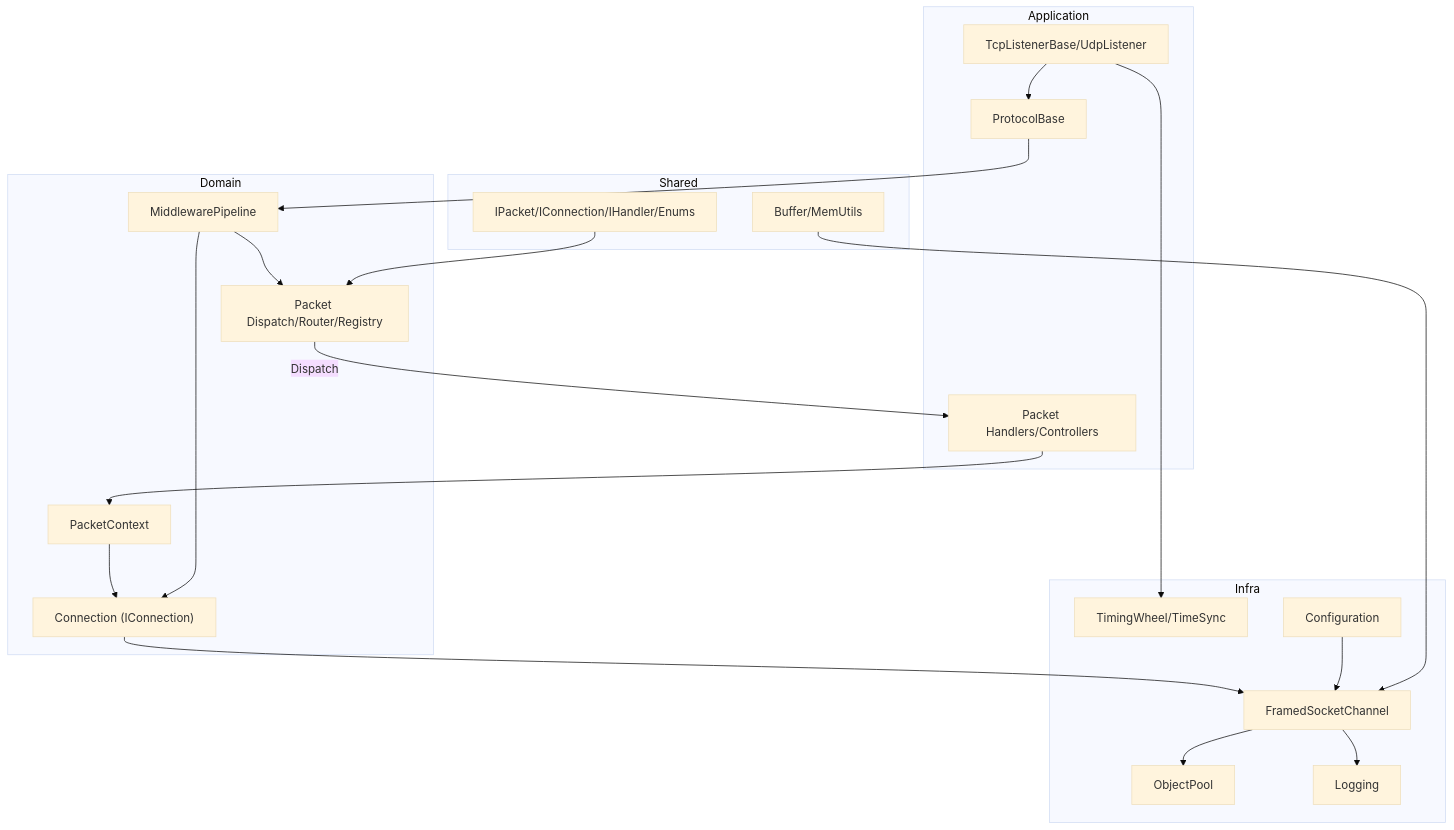
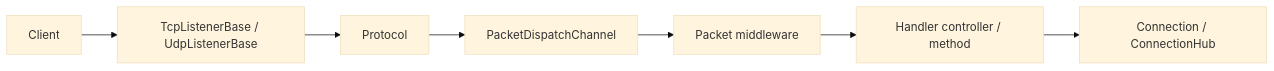
Before and after one commit to ppn-systems/nalix-docs: the first of 2 diagrams in docs/concepts/architecture.md, drawn with Mermaid (base theme). The commit also changed other lines of this file and 170 other files, not shown here.

````diff
--- a/docs/concepts/architecture.md
+++ b/docs/concepts/architecture.md
@@ -74,45 +15,9 @@
 ```mermaid
-flowchart TD
-    subgraph Application
-      Listener["TcpListenerBase/UdpListener"]
-      Protocol["ProtocolBase"]
-      Handler["Packet Handlers/Controllers"]
-    end
-
-    subgraph Domain
-      PacketCtx["PacketContext"]
-      Connection["Connection (IConnection)"]
-      Pipeline["MiddlewarePipeline"]
-      Router["Packet Dispatch/Router/Registry"]
-    end
-
-    subgraph Infra
-      FramedSocket["FramedSocketChannel"]
-      Timing["TimingWheel/TimeSync"]
-      Pool["ObjectPool"]
-      Config["Configuration"]
-      Logger["Logging"]
-    end
-
-    subgraph Shared
-      IPacket["IPacket/IConnection/IHandler/Enums"]
-      Buffer["Buffer/MemUtils"]
-    end
-
-    Listener --> Protocol
-    Protocol --> Pipeline
-    Pipeline --> Router
-    Router -->|Dispatch| Handler
-    Handler --> PacketCtx
-    PacketCtx --> Connection
-    Pipeline --> Connection
-
-    Connection --> FramedSocket
-    FramedSocket --> Pool
-    FramedSocket --> Logger
-    Listener --> Timing
-
-    Config --> FramedSocket
-    IPacket --> Router
-    Buffer --> FramedSocket
+flowchart LR
+    Client["Client"] --> Listener["TcpListenerBase / UdpListenerBase"]
+    Listener --> Protocol["Protocol"]
+    Protocol --> Dispatch["PacketDispatchChannel"]
+    Dispatch --> Middleware["Packet middleware"]
+    Middleware --> Handler["Handler controller / method"]
+    Handler --> Connection["Connection / ConnectionHub"]
 ```
````
